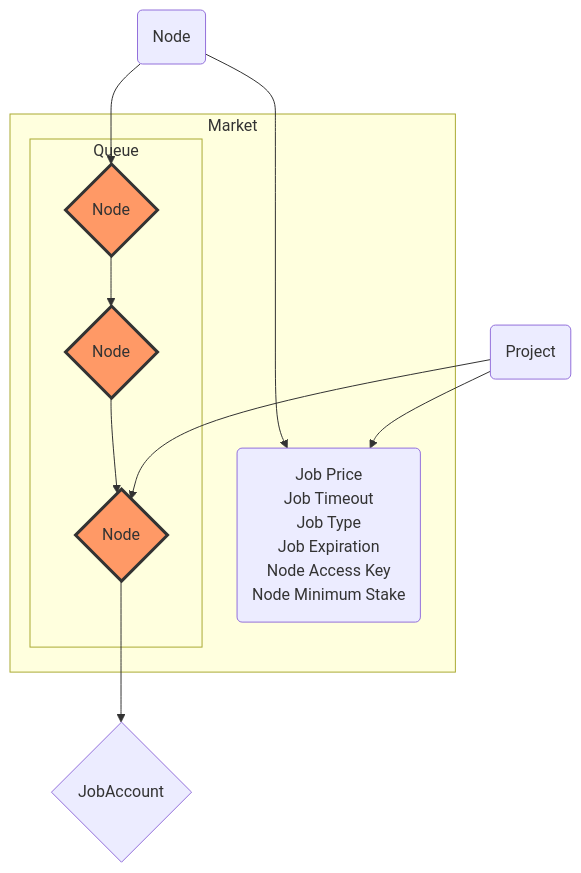
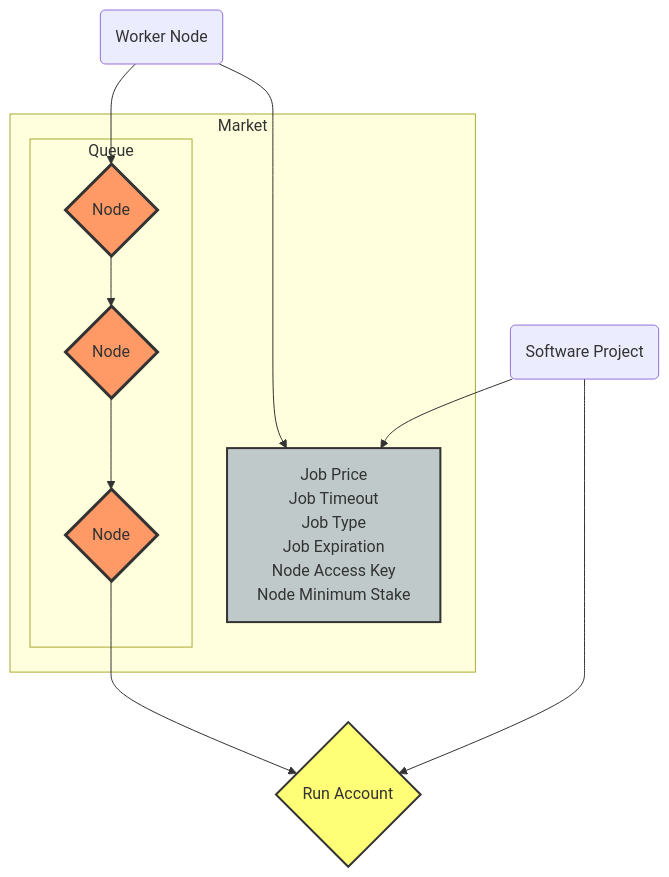
Before and after one commit to nosana-ci/docs.nosana.io: the second of 4 diagrams in docs/programs/jobs.md, drawn with Mermaid. The commit also changed other lines of this file, not shown here.

````diff
--- a/docs/programs/jobs.md
+++ b/docs/programs/jobs.md
@@ -615,24 +640,30 @@
 ```mermaid
 flowchart TB
     subgraph Market
-        a(Job Price<br>Job Timeout<br>Job Type<br>Job Expiration<br>Node Access Key<br>Node Minimum Stake)
+        market
         subgraph Queue
-            o1 --> o2 --> o3
+            order1 --> order2 --> order3
         end
     end
-    n --> o1
-    n --> a
-    p --> o3
-    p --> a
-    o3 --> ja
+    node --> order1
+    node --> market
+    project --> market
+    order3 --> run
+    project --> run
 
-    n(Node)
-    p(Project)
-    o1{Node}
-    o2{Node}
-    o3{Node}
-    ja{JobAccount}
+    node(Worker Node)
+    project(Software Project)
+    order1{Node}
+    order2{Node}
+    order3{Node}
+    run{Run Account}
+    market[Job Price<br>Job Timeout<br>Job Type<br>Job Expiration<br>Node Access Key<br>Node Minimum Stake]
 
     classDef orange fill:#f96,stroke:#333,stroke-width:3px;
-    class o1,o2,o3 orange;
+    classDef yellow fill:#ff7,stroke:#333,stroke-width:2px;
+    classDef grey fill:#BFC9CA,stroke:#333,stroke-width:2px;
+
+    class order1,order2,order3 orange;
+    class run yellow;
+    class market grey;
 ```
````
